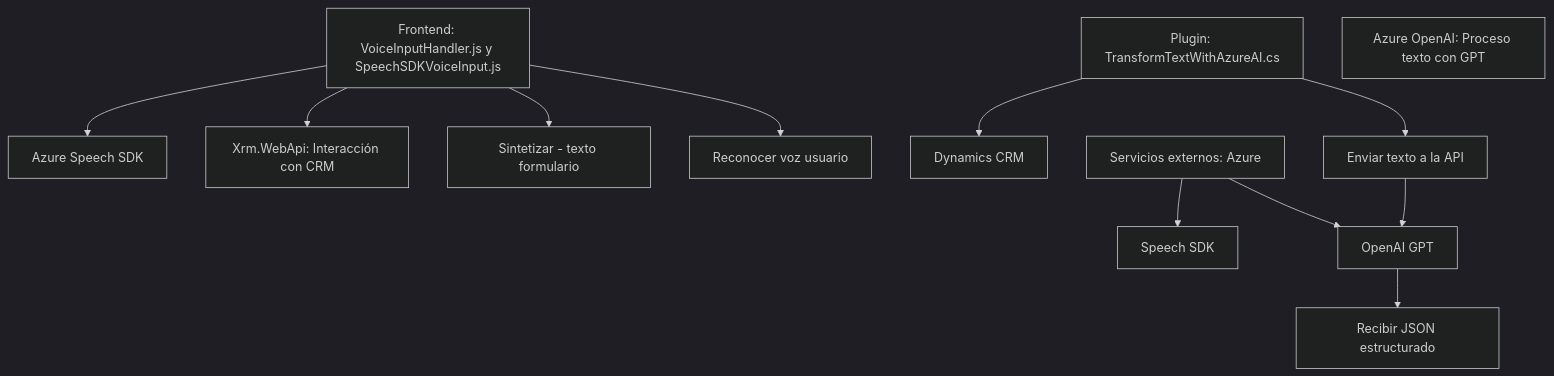
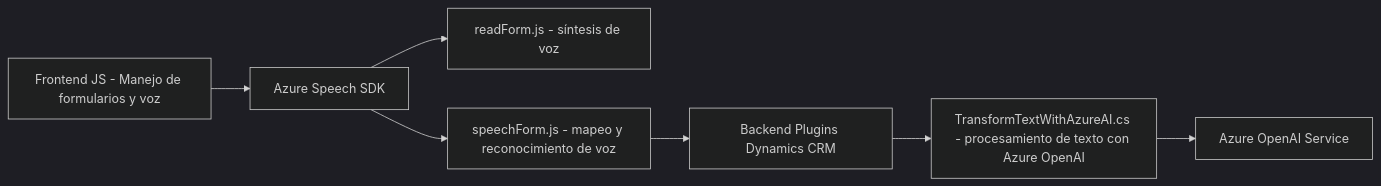
The diagram in README.md (blopezdm/NETCORE_BILBAO2025), drawn with Mermaid (dark theme) before and after one commit. The commit also changed other lines of this file, not shown here.

Commit message:
Actualizar análisis global de la solución con IA

````diff
--- a/README.md
+++ b/README.md
@@ -41,30 +46,17 @@
 ```mermaid
-graph TD
-    A["Frontend: VoiceInputHandler.js y SpeechSDKVoiceInput.js"]
-    A1["Azure Speech SDK"]
-    A2["Xrm.WebApi: Interacción con CRM"]
-    A3["Sintetizar - texto formulario"]
-    A4["Reconocer voz usuario"]
+graph LR
+    A["Frontend JS - Manejo de formularios y voz"]
+    A1["readForm.js - síntesis de voz"]
+    A2["speechForm.js - mapeo y reconocimiento de voz"]
+    B["Azure Speech SDK"]
+    C["Backend Plugins Dynamics CRM"]
+    C1["TransformTextWithAzureAI.cs - procesamiento de texto con Azure OpenAI"]
+    D["Azure OpenAI Service"]
 
-    B["Plugin: TransformTextWithAzureAI.cs"]
-    B1["Dynamics CRM"]
-    B2["Azure OpenAI: Proceso texto con GPT"]
-    B3["Enviar texto a la API"]
-    B4["Recibir JSON estructurado"]
-
-    S["Servicios externos: Azure"]
-    S1["Speech SDK"]
-    S2["OpenAI GPT"]
-
-    A --> A1
-    A --> A2
-    A --> A3
-    A --> A4
-    B --> B1
-    B --> B3
-    B3 --> S2
-    S2 --> B4
-
-    S --> S1
-    S --> S2
+    A --> B
+    B --> A1
+    B --> A2
+    A2 --> C
+    C --> C1
+    C1 --> D
 ```
````
